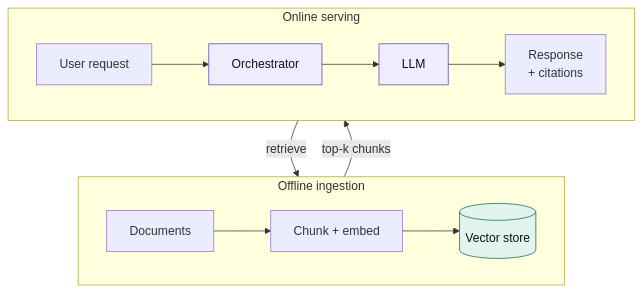
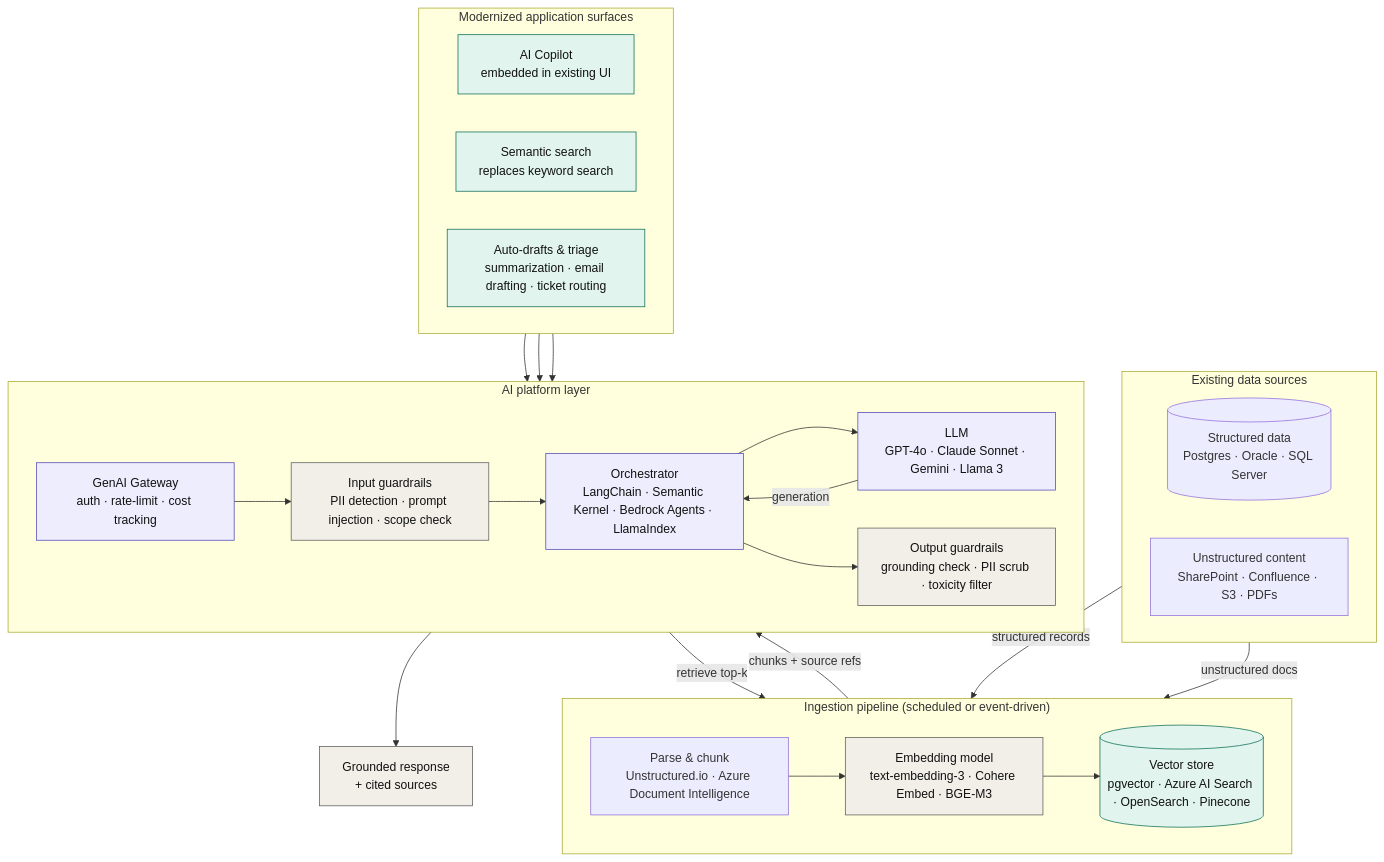
One commit to kkadapa/ai-architecture-primer changed the first of 2 diagrams in README.md. Above: the diagram before and after it, drawn with Mermaid. The commit also changed other lines of this file and 1 other file, not shown here.

Commit message:
Elaborate home-page diagrams and fix FM label throughout
RAG diagram on README replaced with a full 4-layer application-
modernization architecture: existing data sources → ingestion pipeline
(with concrete chunking/embedding tools) → AI platform layer (gateway,
input/output guardrails, orchestrator, LLM) → modernized app surfaces
(copilot, semantic search, auto-drafts). Each node names concrete
services so readers can map it to their stack.

Agent diagram on README and in section 3.2 drops the opaque "FM" label
in favour of plain "Agent". MCP diagram in section 3.4 expanded with
concrete systems behind each tool slot (Salesforce, Jira, Outlook, etc.)
and adds a 5th slot (email & calendar). All new nodes carry explicit
color so dark-mode rendering stays readable.

````diff
--- a/README.md
+++ b/README.md
@@ -53,21 +52,56 @@
 ```mermaid
 flowchart TB
-    subgraph ingestion [" Offline ingestion "]
+    subgraph sources [" Existing data sources "]
         direction LR
-        DOC["Documents"] --> CHUNK["Chunk + embed"]
-        CHUNK --> VEC[("Vector store")]
+        DB[("Structured data\nPostgres · Oracle · SQL Server")]
+        DOCS["Unstructured content\nSharePoint · Confluence · S3 · PDFs"]
     end
 
-    subgraph serving [" Online serving "]
+    subgraph ingest [" Ingestion pipeline  (scheduled or event-driven) "]
         direction LR
-        REQ["User request"] --> ORCH["Orchestrator"]
-        ORCH -- "retrieve" --> VEC
-        VEC -- "top-k chunks" --> ORCH
-        ORCH --> LLM["LLM"]
-        LLM --> RESP["Response\n+ citations"]
+        CHUNK["Parse & chunk\nUnstructured.io · Azure Document Intelligence"]
+        EMBED["Embedding model\ntext-embedding-3 · Cohere Embed · BGE-M3"]
+        VEC[("Vector store\npgvector · Azure AI Search · OpenSearch · Pinecone")]
+        CHUNK --> EMBED --> VEC
     end
 
+    subgraph platform [" AI platform layer "]
+        direction LR
+        GW["GenAI Gateway\nauth · rate-limit · cost tracking"]
+        GUARD_IN["Input guardrails\nPII detection · prompt injection · scope check"]
+        ORCH["Orchestrator\nLangChain · Semantic Kernel · Bedrock Agents · LlamaIndex"]
+        LLM["LLM\nGPT-4o · Claude Sonnet · Gemini · Llama 3"]
+        GUARD_OUT["Output guardrails\ngrounding check · PII scrub · toxicity filter"]
+    end
+
+    subgraph modern [" Modernized application surfaces "]
+        direction LR
+        COPILOT["AI Copilot\nembedded in existing UI"]
+        SEARCH["Semantic search\nreplaces keyword search"]
+        AUTO["Auto-drafts & triage\nsummarization · email drafting · ticket routing"]
+    end
+
+    DB -->|"structured records"| CHUNK
+    DOCS -->|"unstructured docs"| CHUNK
+
+    COPILOT --> GW
+    SEARCH --> GW
+    AUTO --> GW
+    GW --> GUARD_IN --> ORCH
+    ORCH -->|"retrieve top-k"| VEC
+    VEC -->|"chunks + source refs"| ORCH
+    ORCH --> LLM -->|"generation"| ORCH
+    ORCH --> GUARD_OUT --> RESP["Grounded response\n+ cited sources"]
+
     style VEC fill:#E1F5EE,stroke:#0F6E56,stroke-width:1px,color:#111111
+    style EMBED fill:#F1EFE8,stroke:#5F5E5A,stroke-width:1px,color:#111111
     style ORCH fill:#EEEDFE,stroke:#534AB7,stroke-width:1px,color:#111111
     style LLM fill:#EEEDFE,stroke:#534AB7,stroke-width:1px,color:#111111
+    style GW fill:#EEEDFE,stroke:#534AB7,stroke-width:1px,color:#111111
+    style GUARD_IN fill:#F1EFE8,stroke:#5F5E5A,stroke-width:1px,color:#111111
+    style GUARD_OUT fill:#F1EFE8,stroke:#5F5E5A,stroke-width:1px,color:#111111
+    style RESP fill:#F1EFE8,stroke:#5F5E5A,stroke-width:1px,color:#111111
+    style COPILOT fill:#E1F5EE,stroke:#0F6E56,stroke-width:1px,color:#111111
+    style SEARCH fill:#E1F5EE,stroke:#0F6E56,stroke-width:1px,color:#111111
+    style AUTO fill:#E1F5EE,stroke:#0F6E56,stroke-width:1px,color:#111111
 ```
````
